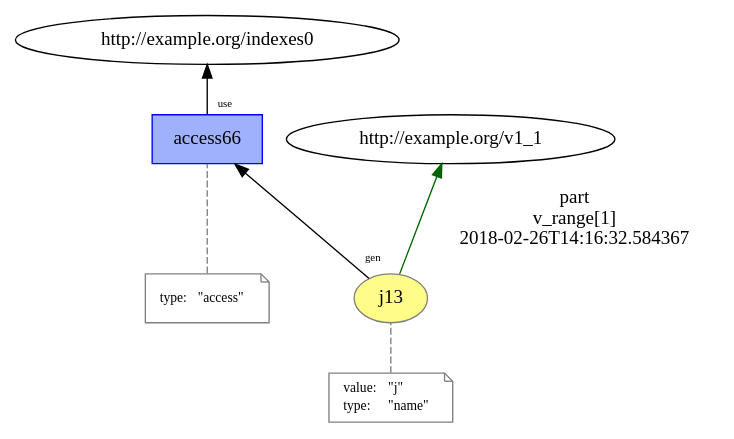
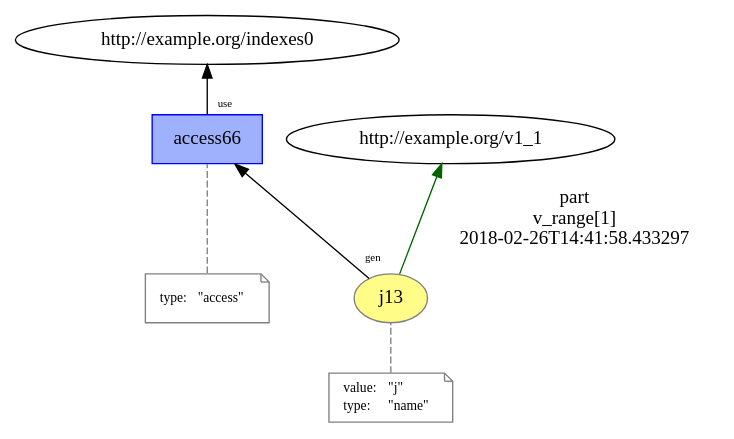
One commit to dew-uff/versioned-prov changed the diagram in mutable_prov/temp/L13__loop_access13.dot. Above: the diagram before and after it, drawn with Graphviz. The commit also changed 527 other files, not shown here.

```diff
--- a/mutable_prov/temp/L13__loop_access13.dot
+++ b/mutable_prov/temp/L13__loop_access13.dot
@@ -1,27 +1,27 @@
 digraph "PROV" { size="16,12"; rankdir="BT";
 "http://example.org/j13" [fillcolor="#FFFC87",color="#808080",style="filled",label="j13",URL="http://example.org/j13"]
 "-attrs0" [color="gray",shape="note",fontsize="10",fontcolor="black",label=<<TABLE cellpadding="0" border="0">
 	<TR>
 	    <TD align="left">value:</TD>
 	    <TD align="left">&quot;j&quot;</TD>
 	</TR>
 	<TR>
 	    <TD align="left">type:</TD>
 	    <TD align="left">&quot;name&quot;</TD>
 	</TR>
 </TABLE>>]
 "-attrs0" -> "http://example.org/j13" [color="gray",style="dashed",arrowhead="none"]
 "http://example.org/j13" -> "http://example.org/v1_1" [labelfontsize="8",labeldistance="1.5",color="darkgreen",labelangle="60.0",rotation="20",label="part
 v_range[1]
-2018-02-26T14:16:32.584367"]
+2018-02-26T14:41:58.433297"]
 "http://example.org/access66" [fillcolor="#9FB1FC",color="#0000FF",shape="polygon",sides="4",style="filled",label="access66",URL="http://example.org/access66"]
 "-attrs1" [color="gray",shape="note",fontsize="10",fontcolor="black",label=<<TABLE cellpadding="0" border="0">
 	<TR>
 	    <TD align="left">type:</TD>
 	    <TD align="left">&quot;access&quot;</TD>
 	</TR>
 </TABLE>>]
 "-attrs1" -> "http://example.org/access66" [color="gray",style="dashed",arrowhead="none"]
 "http://example.org/access66" -> "http://example.org/indexes0" [labelfontsize="8",labeldistance="1.5",labelangle="60.0",rotation="20",taillabel="use"]
 "http://example.org/j13" -> "http://example.org/access66" [labelfontsize="8",labeldistance="1.5",labelangle="60.0",rotation="20",taillabel="gen"]
 }
```
